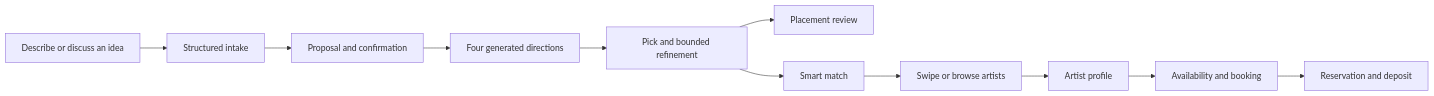
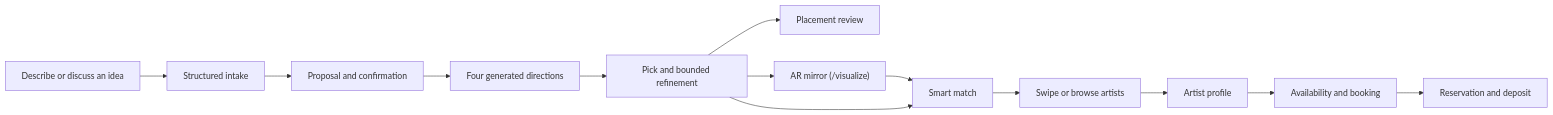
Before and after one commit to samsoncirocco-cmyk/TatT: the first of 2 diagrams in docs/product/customer-journeys.md, drawn with Mermaid. The commit also changed other lines of this file and 7 other files, not shown here.

````diff
--- a/docs/product/customer-journeys.md
+++ b/docs/product/customer-journeys.md
@@ -11,13 +11,15 @@
 ```mermaid
 flowchart LR
     A["Describe or discuss an idea"] --> B["Structured intake"]
     B --> C["Proposal and confirmation"]
     C --> D["Four generated directions"]
     D --> E["Pick and bounded refinement"]
     E --> F["Placement review"]
-    E --> G["Smart match"]
+    E --> V["AR mirror (/visualize)"]
+    V --> G["Smart match"]
+    E --> G
     G --> H["Swipe or browse artists"]
     H --> I["Artist profile"]
     I --> J["Availability and booking"]
     J --> K["Reservation and deposit"]
 ```
````
